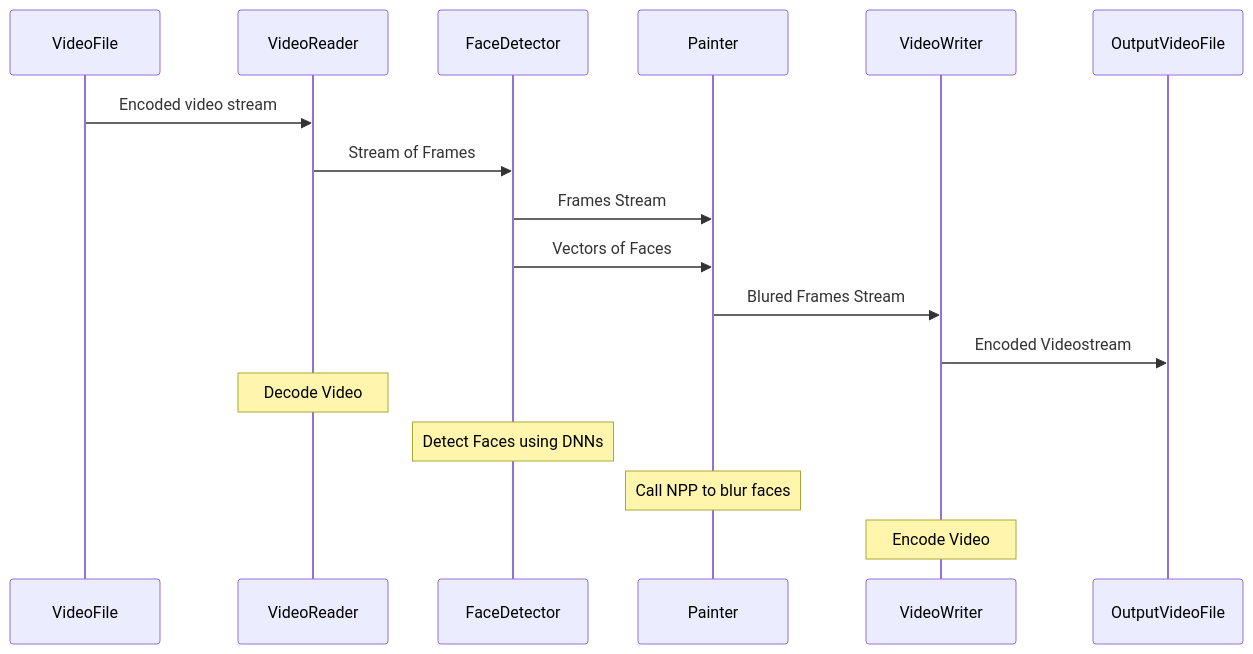
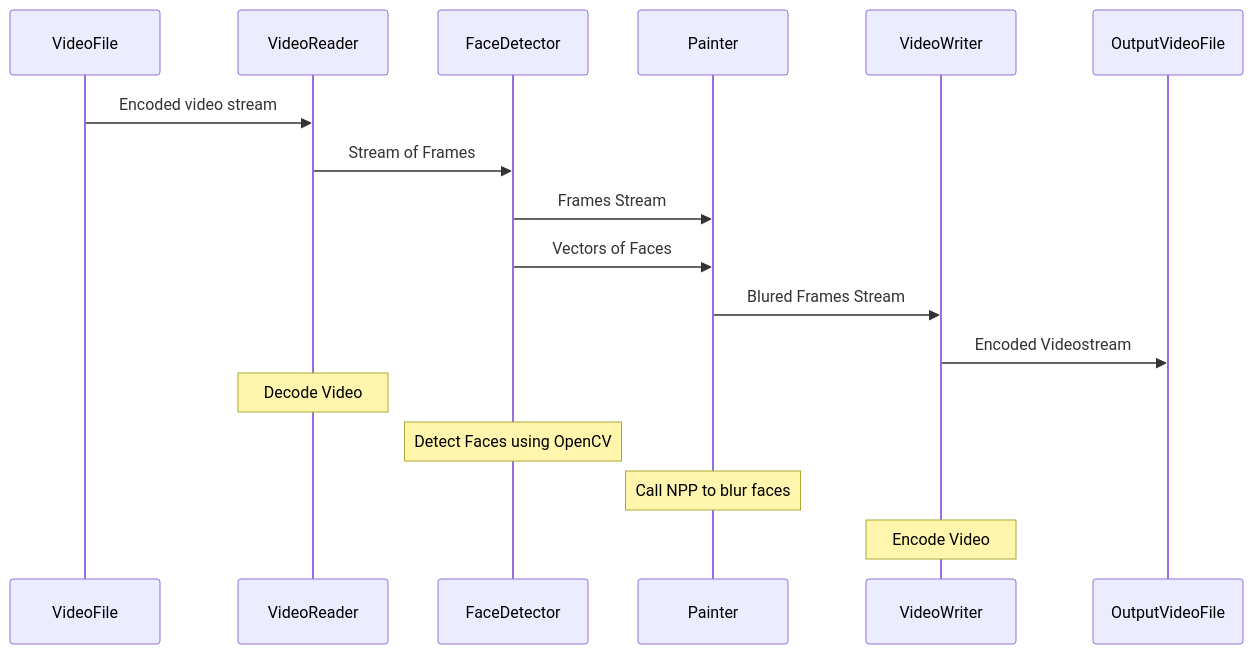
One commit to mer1in/jhGPUPSc3w5 changed the diagram in README.md. Above: the diagram before and after it, drawn with Mermaid. The commit also changed other lines of this file, not shown here.

Commit message:
WIP README.md

````diff
--- a/README.md
+++ b/README.md
@@ -20,14 +20,14 @@
 ``` mermaid
 sequenceDiagram 
 participant VideoFile
 VideoFile ->> VideoReader: Encoded video stream
 VideoReader ->> FaceDetector: Stream of Frames
 FaceDetector ->> Painter: Frames Stream
 FaceDetector ->> Painter: Vectors of Faces
 Painter ->> VideoWriter: Blured Frames Stream
 VideoWriter ->> OutputVideoFile: Encoded Videostream
 note over VideoReader: Decode Video
-note over FaceDetector: Detect Faces using DNNs
+note over FaceDetector: Detect Faces using OpenCV
 note over Painter: Call NPP to blur faces
 note over VideoWriter: Encode Video
 ```
````
